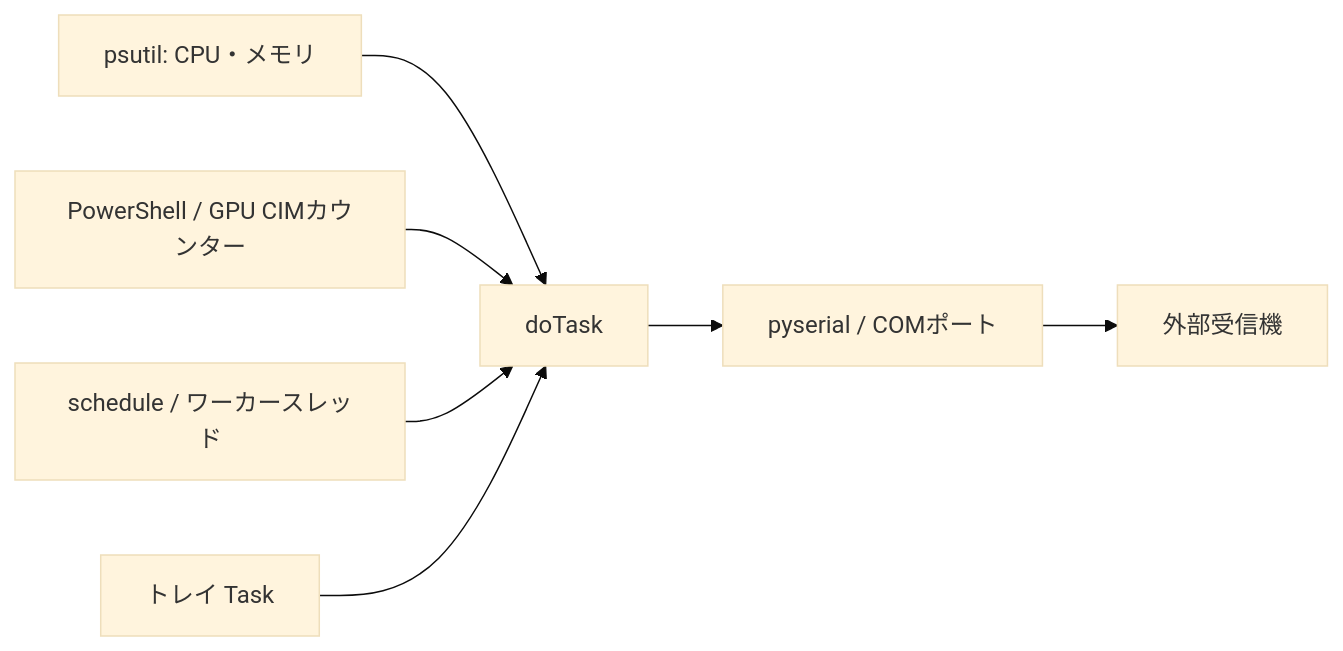
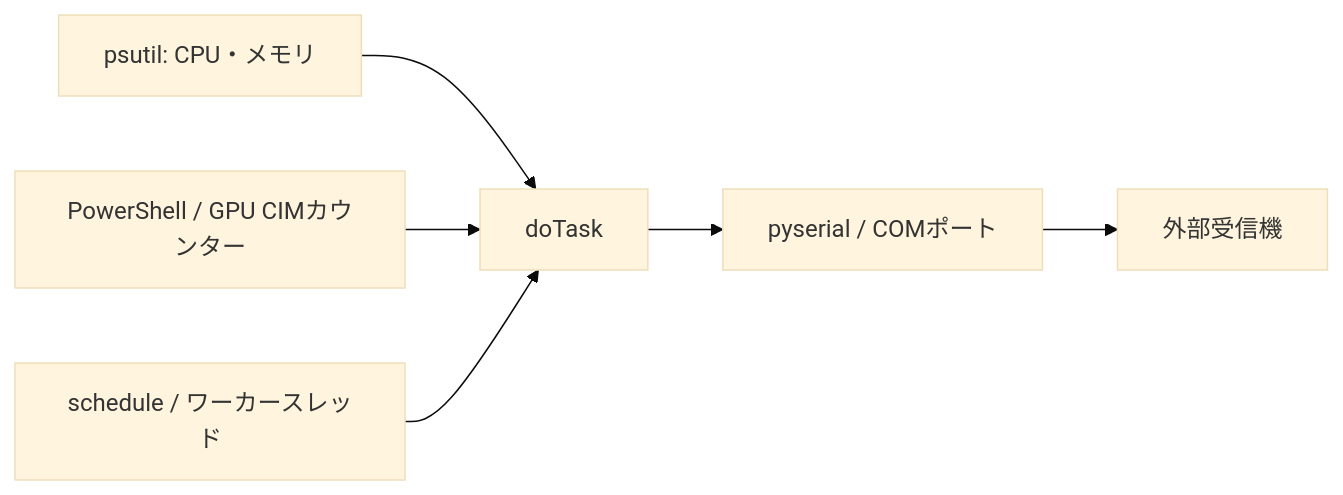
One commit to cotechworks/SendPerformance changed the diagram in README.md. Above: the diagram before and after it, drawn with Mermaid (base theme). The commit also changed other lines of this file and 6 other files, not shown here.

````diff
--- a/README.md
+++ b/README.md
@@ -35,9 +35,8 @@
 ```mermaid
 flowchart LR
   CPU["psutil: CPU・メモリ"] --> Task["doTask"]
   GPU["PowerShell / GPU CIMカウンター"] --> Task
   Timer["schedule / ワーカースレッド"] --> Task
-  Tray["トレイ Task"] --> Task
   Task --> Port["pyserial / COMポート"]
   Port --> Device["外部受信機"]
 ```
````
